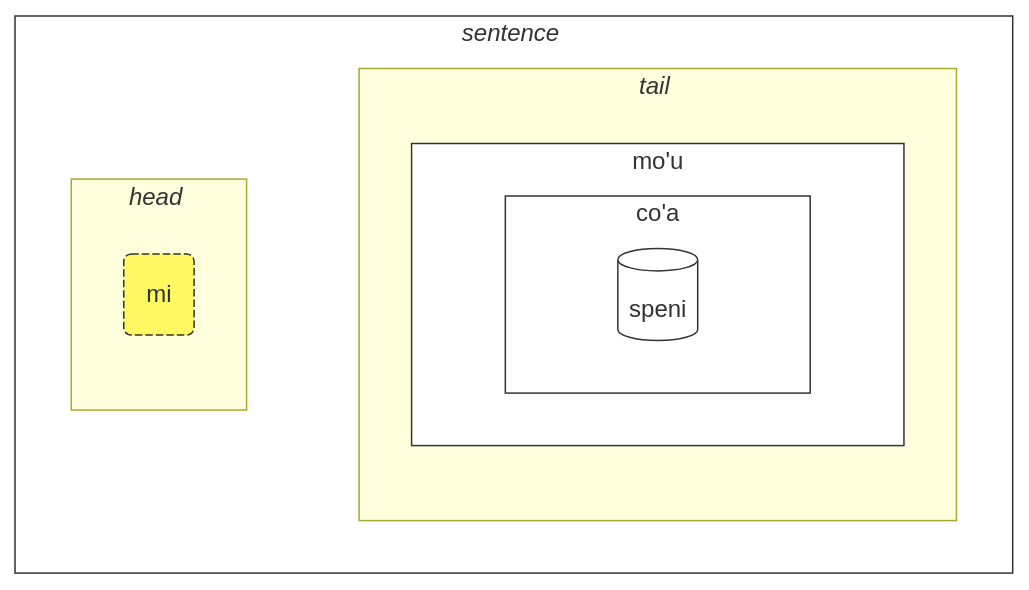
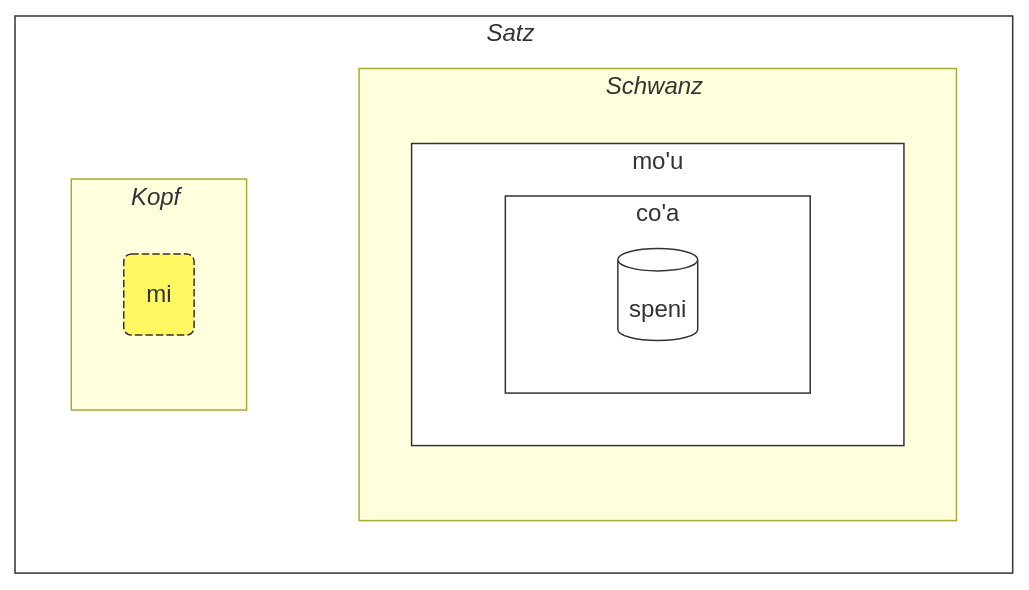
One commit to La-Lojban/lojban.pw changed the second of 2 diagrams in data/pages/de/books/learn-lojban/!2.md. Above: the diagram before and after it, drawn with Mermaid. The commit also changed other lines of this file and 12 other files, not shown here.

````diff
--- a/data/pages/de/books/learn-lojban/!2.md
+++ b/data/pages/de/books/learn-lojban/!2.md
@@ -1493,32 +2058,32 @@
 ```mermaid
 flowchart LR
     %% common structure:
-    subgraph sentence["<i>sentence</i>#nbsp;"]
+    subgraph sentence["<i>Satz</i>#nbsp;"]
         direction LR
         head-terms
         tail
     end
     head-terms ~~~ tail
-    subgraph head-terms["<i>head</i>#nbsp;"]
+    subgraph head-terms["<i>Kopf</i>#nbsp;"]
         t1
     end
-    subgraph tail["<i>tail</i>#nbsp;"]
+    subgraph tail["<i>Schwanz</i>#nbsp;"]
         subgraph m1["mo'u"]
             subgraph m2["co'a"]
                 brivla
             end
         end
     end
 
     t1(mi)
     brivla[(speni)]
 
     classDef blabi fill:#fff,stroke:#333;
     class m1 blabi;
     class m2 blabi;
     class sentence blabi;
 
     classDef x fill:#FFF863,stroke:#333,stroke-width:1px,stroke-dasharray: 5 2;
     class t1 x;
     class brivla blabi;
 ```
````
